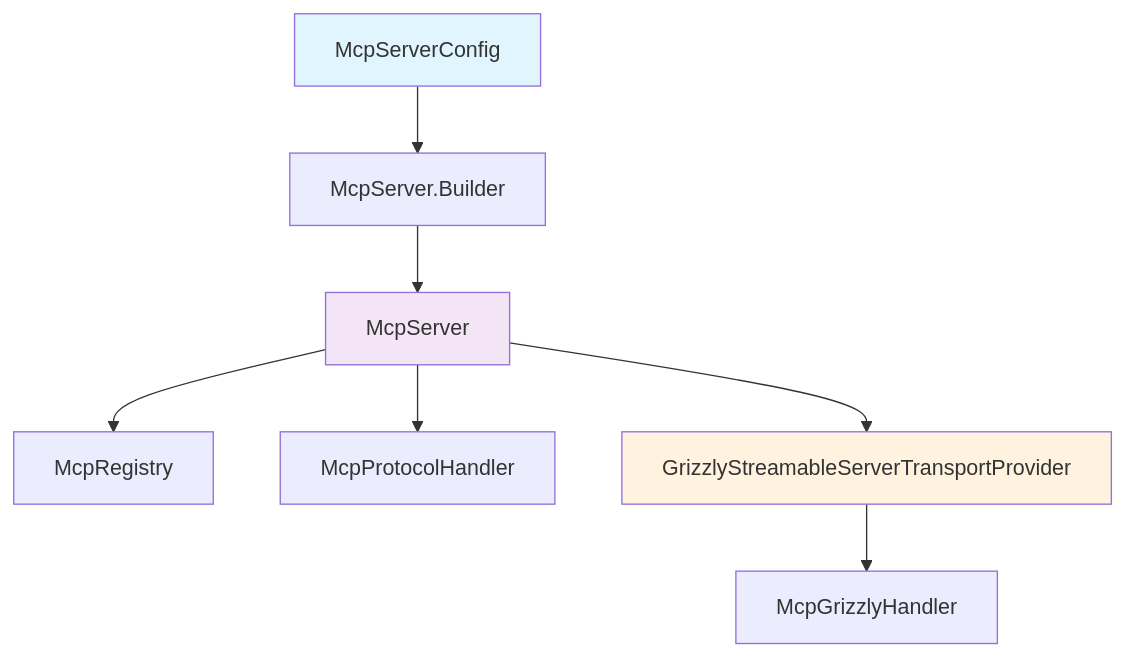
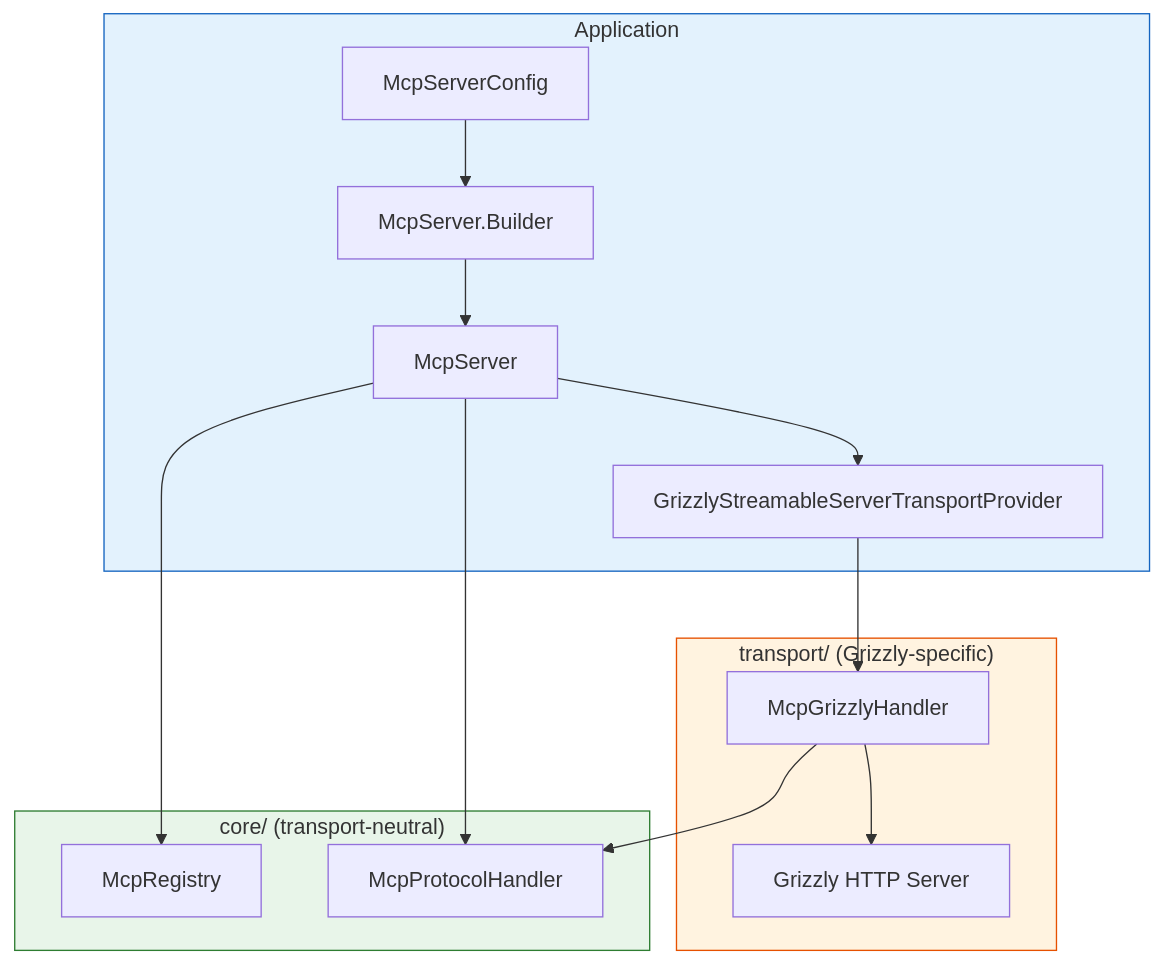
The diagram in docs/PROJECT-GUIDE.md (vinhphan812/mcp-java-sdk), drawn with Mermaid before and after one commit. The commit also changed other lines of this file and 2 other files, not shown here.

First line of the commit message:
docs: add Mermaid diagrams to ADR-0002 transport isolation

````diff
--- a/docs/PROJECT-GUIDE.md
+++ b/docs/PROJECT-GUIDE.md
@@ -109,21 +129,32 @@
 ```mermaid
 flowchart TB
-    Config["McpServerConfig"]
-    Builder["McpServer.Builder"]
-    Server["McpServer"]
-    Registry["McpRegistry"]
-    Protocol["McpProtocolHandler"]
-    Transport["GrizzlyStreamableServerTransportProvider"]
-    Handler["McpGrizzlyHandler"]
+    subgraph application["Application"]
+        Config["McpServerConfig"]
+        Builder["McpServer.Builder"]
+        Server["McpServer"]
+        TransportProvider["GrizzlyStreamableServerTransportProvider"]
+    end
+
+    subgraph core["core/ (transport-neutral)"]
+        Registry["McpRegistry"]
+        Protocol["McpProtocolHandler"]
+    end
+
+    subgraph transport["transport/ (Grizzly-specific)"]
+        Handler["McpGrizzlyHandler"]
+        GrizzlyServer["Grizzly HTTP Server"]
+    end
 
     Config --> Builder
     Builder --> Server
     Server --> Registry
     Server --> Protocol
-    Server --> Transport
-    Transport --> Handler
+    Server --> TransportProvider
+    TransportProvider --> Handler
+    Handler --> Protocol
+    Handler --> GrizzlyServer
 
-    style Config fill:#e1f5fe
-    style Server fill:#f3e5f5
-    style Transport fill:#fff3e0
+    style application fill:#e3f2fd,stroke:#1565c0
+    style core fill:#e8f5e9,stroke:#2e7d32
+    style transport fill:#fff3e0,stroke:#e65100
 ```
````
